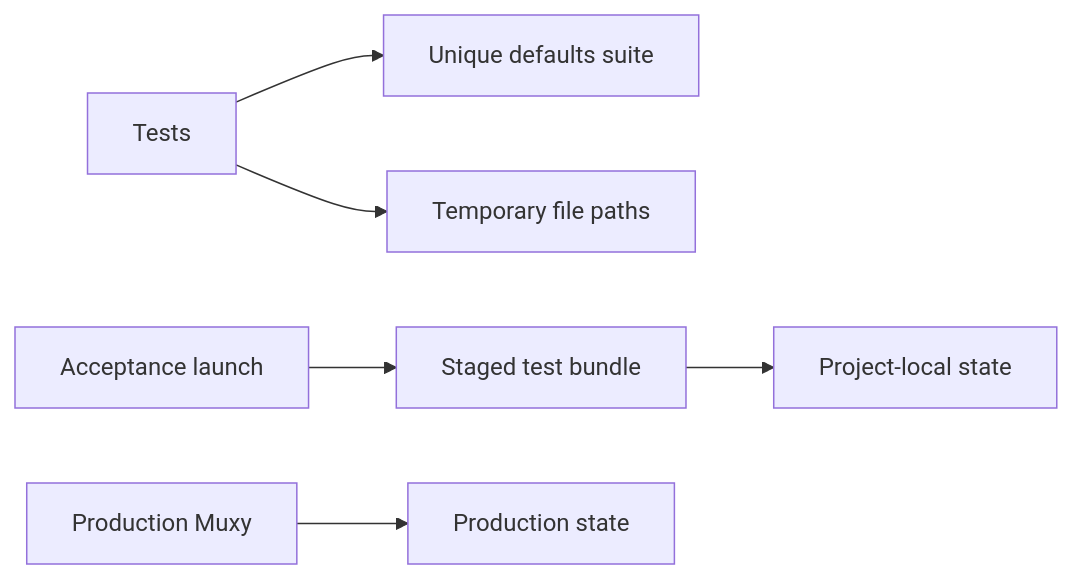
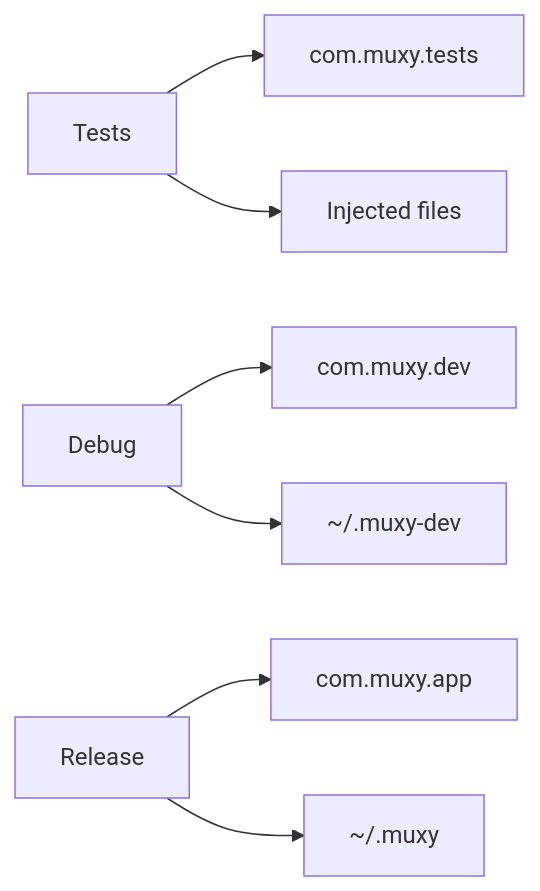
The third of 3 diagrams in docs/development/dev-prod-isolation.md (muxy-app/muxy), drawn with Mermaid before and after one commit. The commit also changed other lines of this file and 23 other files, not shown here.

````diff
--- a/docs/development/dev-prod-isolation.md
+++ b/docs/development/dev-prod-isolation.md
@@ -86,8 +86,9 @@
 ```mermaid
 flowchart LR
-    T[Tests] --> U[Unique defaults suite]
-    T --> V[Temporary file paths]
-    A[Acceptance launch] --> B[Staged test bundle]
-    B --> C[Project-local state]
-    P[Production Muxy] --> D[Production state]
+    T[Tests] --> U[com.muxy.tests]
+    T --> V[Injected files]
+    D[Debug] --> W[com.muxy.dev]
+    D --> X[~/.muxy-dev]
+    P[Release] --> Y[com.muxy.app]
+    P --> Z[~/.muxy]
 ```
````
